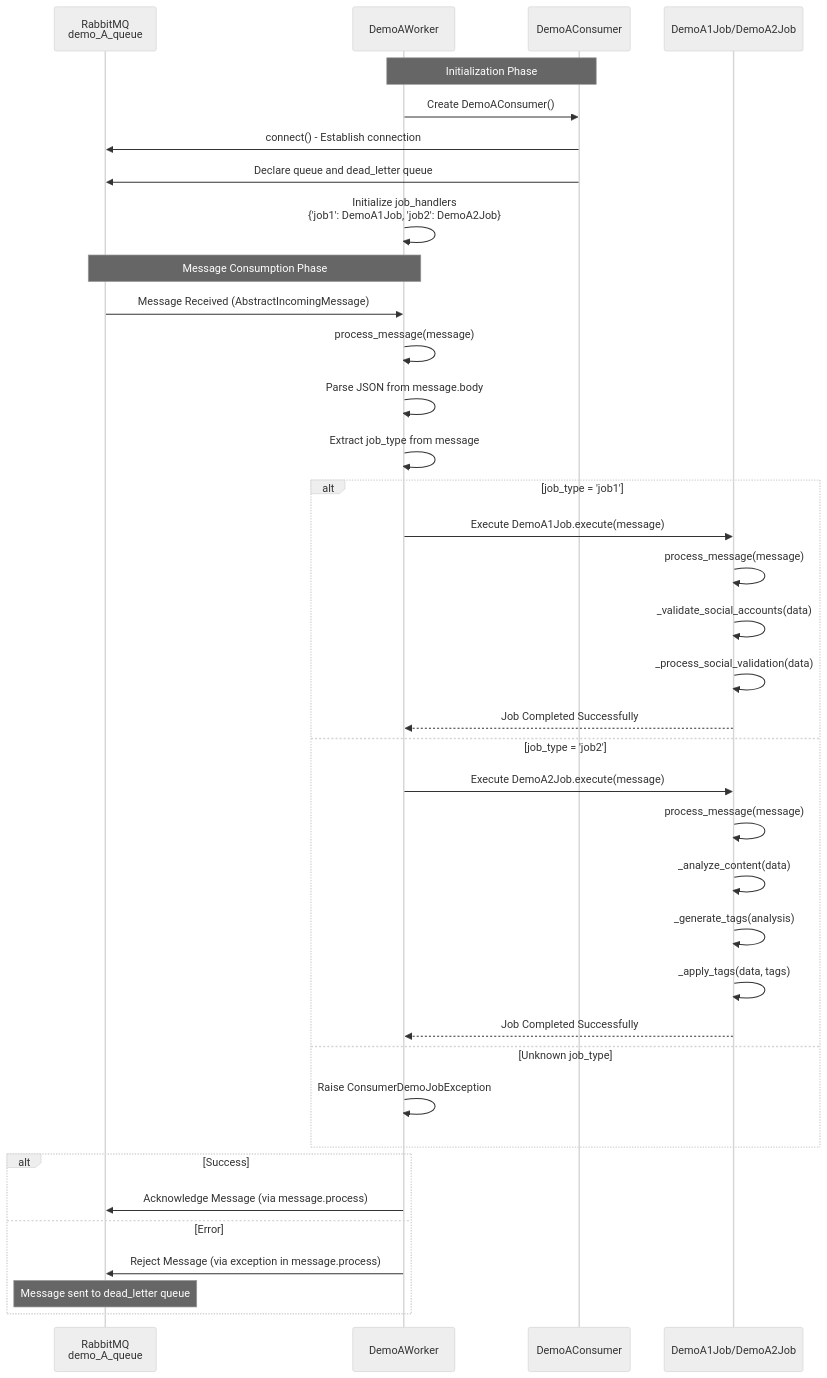
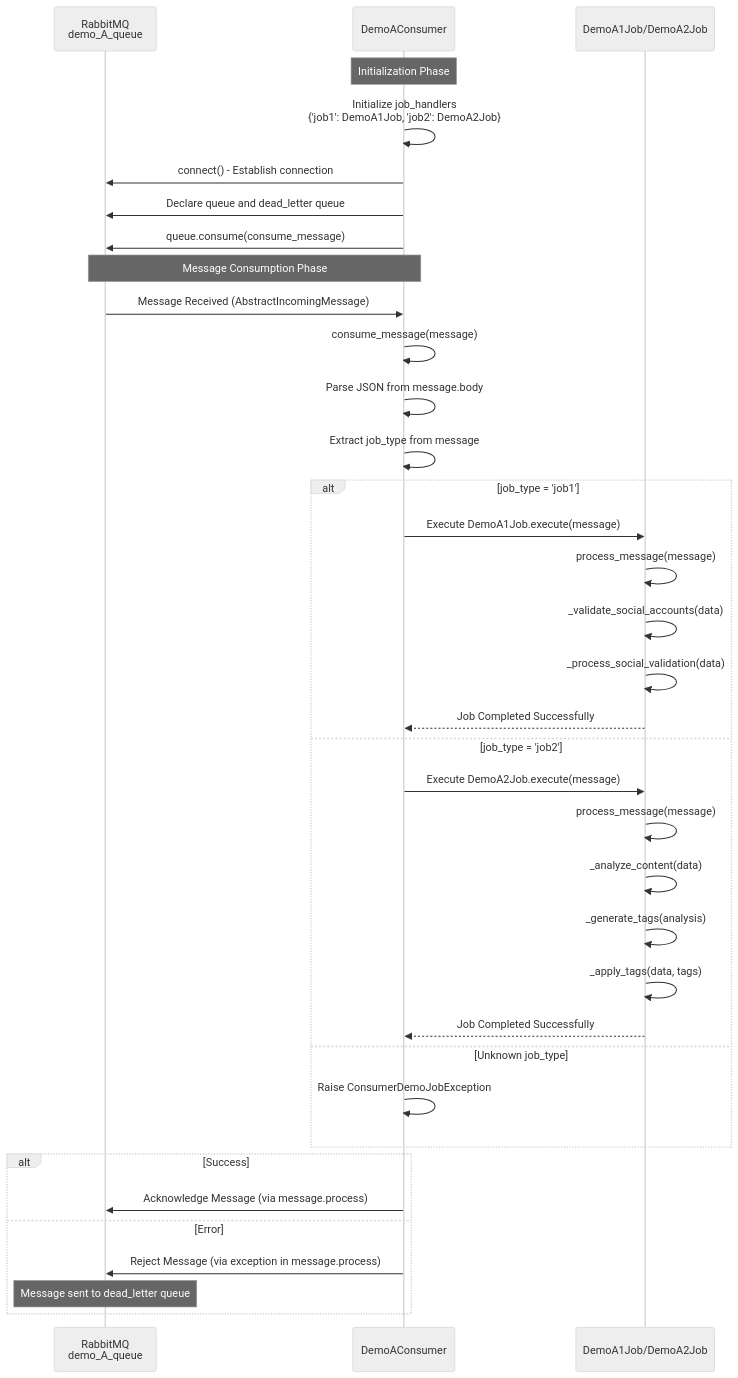
Before and after one commit to ai-botxbyte/browser-profile-serp-orchestration-service: the third of 3 diagrams in demo_a_architecture.md, drawn with Mermaid (neutral theme). The commit also changed other lines of this file and 15 other files, not shown here.

Commit message:
Refactor Demo A and Demo B consumers to handle job execution directly, removing the BaseAppWorker class. Update message processing logic to improve clarity and maintainability. Enhance error handling and logging for better debugging during job execution.

````diff
--- a/demo_a_architecture.md
+++ b/demo_a_architecture.md
@@ -154,43 +136,42 @@
 ```mermaid
 sequenceDiagram
     participant RMQ as RabbitMQ<br/>demo_A_queue
-    participant Worker as DemoAWorker
     participant Consumer as DemoAConsumer
     participant Job as DemoA1Job/DemoA2Job
 
-    Note over Worker,Consumer: Initialization Phase
-    Worker->>Consumer: Create DemoAConsumer()
+    Note over Consumer: Initialization Phase
+    Consumer->>Consumer: Initialize job_handlers<br/>{'job1': DemoA1Job, 'job2': DemoA2Job}
     Consumer->>RMQ: connect() - Establish connection
     Consumer->>RMQ: Declare queue and dead_letter queue
-    Worker->>Worker: Initialize job_handlers<br/>{'job1': DemoA1Job, 'job2': DemoA2Job}
+    Consumer->>RMQ: queue.consume(consume_message)
     
-    Note over Worker,RMQ: Message Consumption Phase
-    RMQ->>Worker: Message Received (AbstractIncomingMessage)
-    Worker->>Worker: process_message(message)
-    Worker->>Worker: Parse JSON from message.body
-    Worker->>Worker: Extract job_type from message
+    Note over Consumer,RMQ: Message Consumption Phase
+    RMQ->>Consumer: Message Received (AbstractIncomingMessage)
+    Consumer->>Consumer: consume_message(message)
+    Consumer->>Consumer: Parse JSON from message.body
+    Consumer->>Consumer: Extract job_type from message
     
     alt job_type = 'job1'
-        Worker->>Job: Execute DemoA1Job.execute(message)
+        Consumer->>Job: Execute DemoA1Job.execute(message)
         Job->>Job: process_message(message)
         Job->>Job: _validate_social_accounts(data)
         Job->>Job: _process_social_validation(data)
-        Job-->>Worker: Job Completed Successfully
+        Job-->>Consumer: Job Completed Successfully
     else job_type = 'job2'
-        Worker->>Job: Execute DemoA2Job.execute(message)
+        Consumer->>Job: Execute DemoA2Job.execute(message)
         Job->>Job: process_message(message)
         Job->>Job: _analyze_content(data)
         Job->>Job: _generate_tags(analysis)
         Job->>Job: _apply_tags(data, tags)
-        Job-->>Worker: Job Completed Successfully
+        Job-->>Consumer: Job Completed Successfully
     else Unknown job_type
-        Worker->>Worker: Raise ConsumerDemoJobException
+        Consumer->>Consumer: Raise ConsumerDemoJobException
     end
     
     alt Success
-        Worker->>RMQ: Acknowledge Message (via message.process)
+        Consumer->>RMQ: Acknowledge Message (via message.process)
     else Error
-        Worker->>RMQ: Reject Message (via exception in message.process)
+        Consumer->>RMQ: Reject Message (via exception in message.process)
         Note over RMQ: Message sent to dead_letter queue
     end
 ```
````
